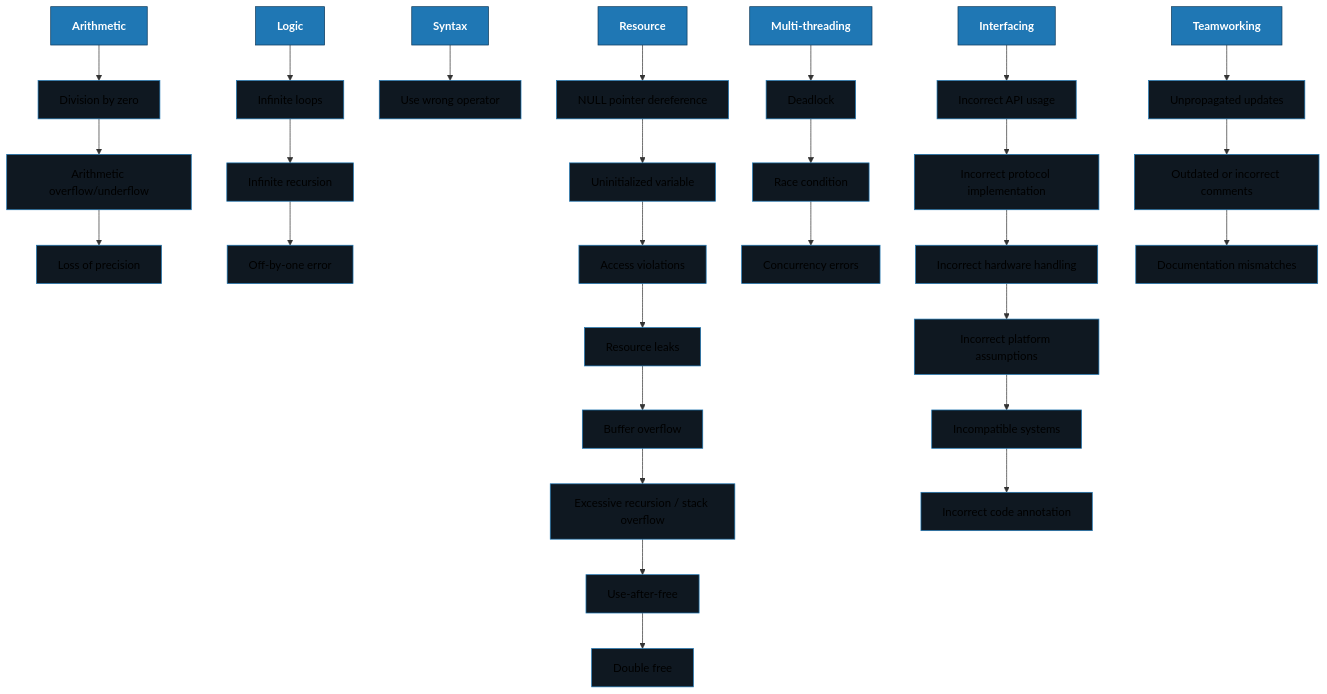
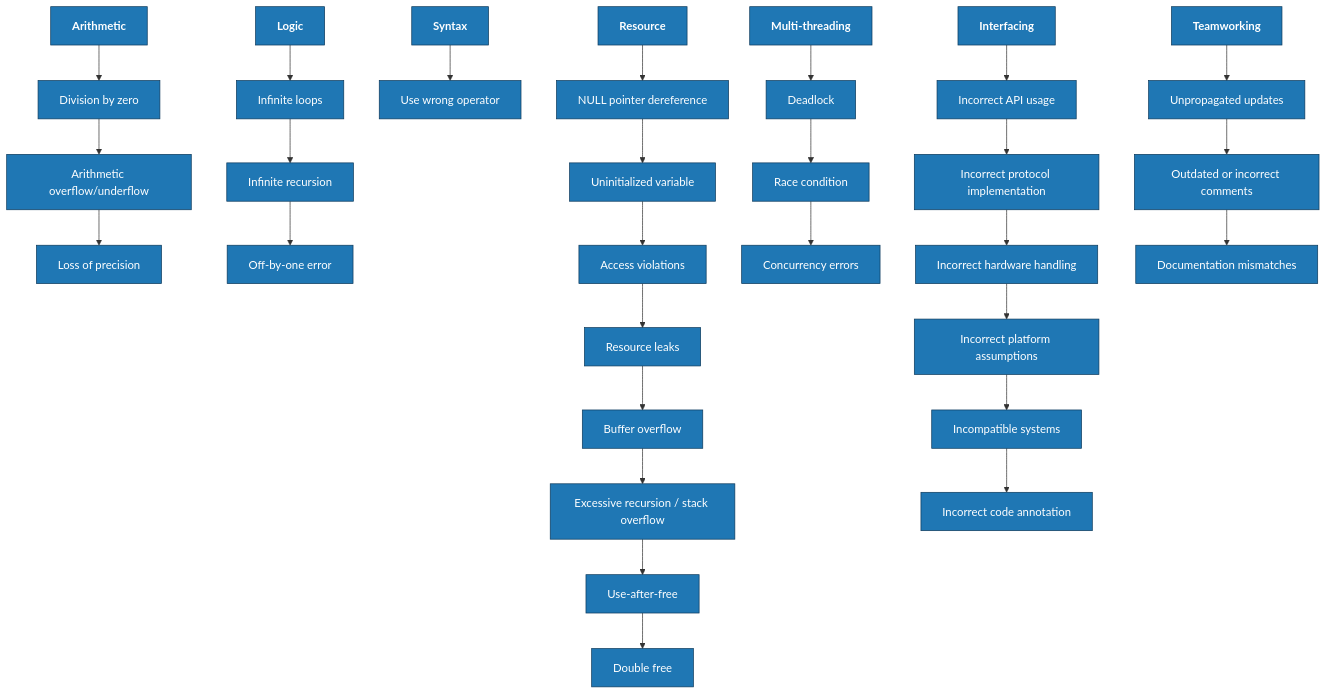
One commit to adolfcna/ATTvDEF changed the diagram in content/Initial Access/Exploit Public-Facing Application T1190/BUG.md. Above: the diagram before and after it, drawn with Mermaid.

Commit message:
vault backup: 2026-05-30 12:06:29

````diff
--- a/content/Initial Access/Exploit Public-Facing Application T1190/BUG.md
+++ b/content/Initial Access/Exploit Public-Facing Application T1190/BUG.md
@@ -2,64 +2,64 @@
 ```mermaid
 flowchart TD
 
     classDef col fill:#1f77b4,stroke:#0d3a5c,color:white,font-weight:bold;
-    classDef cell fill:#0f1821,stroke:#1f77b4,color:#000;
+    classDef cell fill:#1f77b4,stroke:#0d3a5c,color:white;
 
     %% Column Titles
     A[Arithmetic]:::col
     B[Logic]:::col
     C[Syntax]:::col
     D[Resource]:::col
     E[Multi-threading]:::col
     F[Interfacing]:::col
     G[Teamworking]:::col
 
     %% Arithmetic
     A1[Division by zero]:::cell
     A2[Arithmetic overflow/underflow]:::cell
     A3[Loss of precision]:::cell
     A --> A1 --> A2 --> A3
 
     %% Logic
     B1[Infinite loops]:::cell
     B2[Infinite recursion]:::cell
     B3[Off-by-one error]:::cell
     B --> B1 --> B2 --> B3
 
     %% Syntax
     C1[Use wrong operator]:::cell
     C --> C1
 
     %% Resource
     D1[NULL pointer dereference]:::cell
     D2[Uninitialized variable]:::cell
     D3[Access violations]:::cell
     D4[Resource leaks]:::cell
     D5[Buffer overflow]:::cell
     D6[Excessive recursion / stack overflow]:::cell
     D7[Use-after-free]:::cell
     D8[Double free]:::cell
     D --> D1 --> D2 --> D3 --> D4 --> D5 --> D6 --> D7 --> D8
 
     %% Multi-threading
     E1[Deadlock]:::cell
     E2[Race condition]:::cell
     E3[Concurrency errors]:::cell
     E --> E1 --> E2 --> E3
 
     %% Interfacing
     F1[Incorrect API usage]:::cell
     F2[Incorrect protocol implementation]:::cell
     F3[Incorrect hardware handling]:::cell
     F4[Incorrect platform assumptions]:::cell
     F5[Incompatible systems]:::cell
     F6[Incorrect code annotation]:::cell
     F --> F1 --> F2 --> F3 --> F4 --> F5 --> F6
 
     %% Teamworking
     G1[Unpropagated updates]:::cell
     G2[Outdated or incorrect comments]:::cell
     G3[Documentation mismatches]:::cell
     G --> G1 --> G2 --> G3
 
 ```
````
